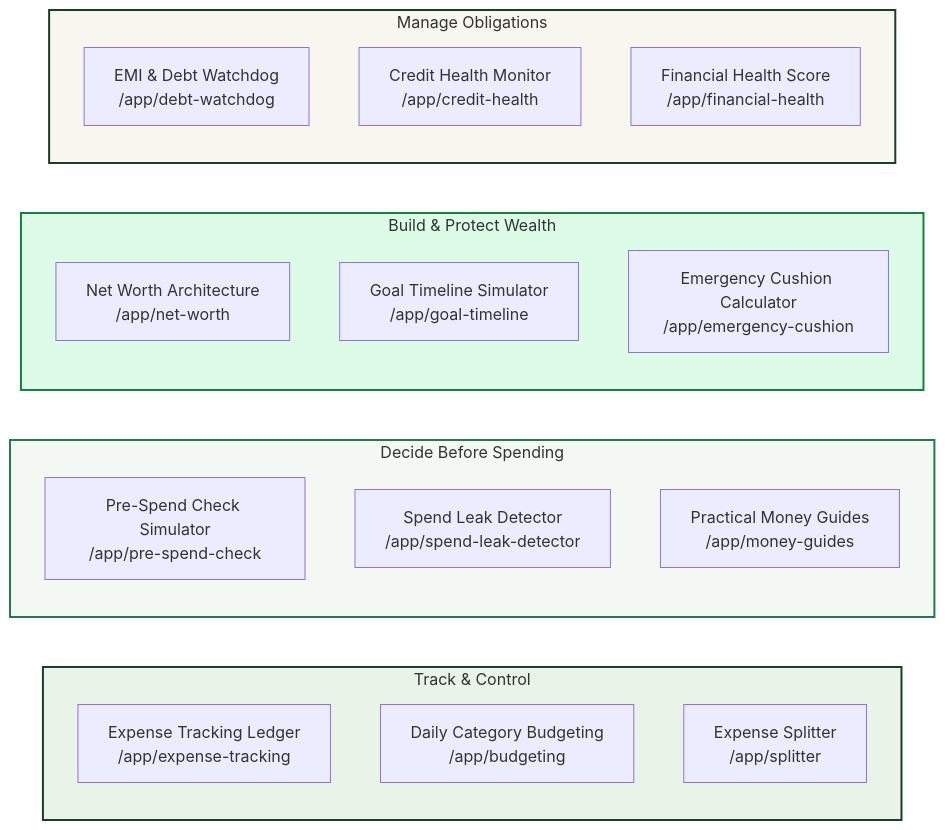
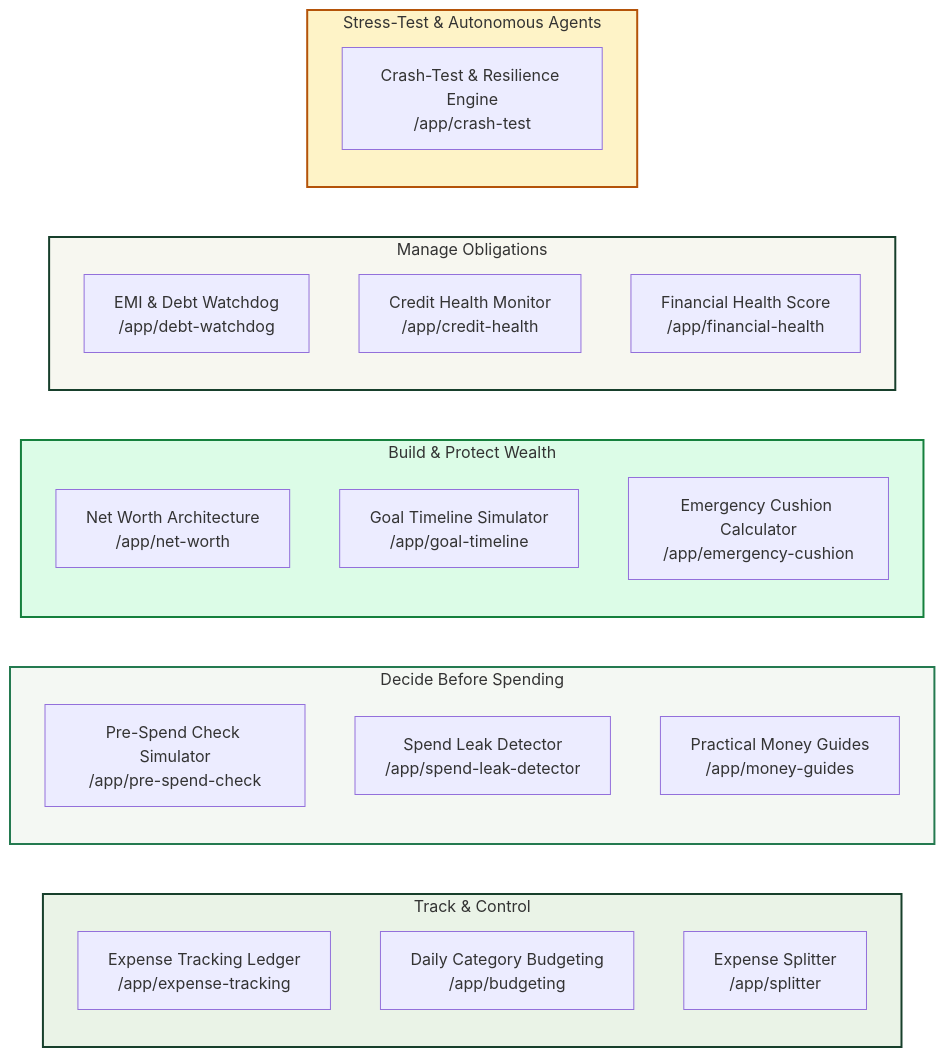
The fifth of 6 diagrams in README.md (nikhillakra2007-tech/finroq), drawn with Mermaid before and after one commit. The commit also changed other lines of this file and 36 other files, not shown here.

Commit message:
FEAT(CRASH-TEST): IMPLEMENT AUTONOMOUS 6-AGENT FINANCIAL RESILIENCE PIPELINE WITH INTERCONNECTED FLOWCHART, MODULAR SECTIONS, INR ENFORCEMENT, OTP AUTH, AND ACCESSIBLE MODAL SCROLL LOCK

````diff
--- a/README.md
+++ b/README.md
@@ -300,31 +364,36 @@
 ```mermaid
 flowchart LR
     subgraph CAT1["Track & Control"]
         M1["Expense Tracking Ledger<br/>/app/expense-tracking"]
         M2["Daily Category Budgeting<br/>/app/budgeting"]
         M3["Expense Splitter<br/>/app/splitter"]
     end
 
     subgraph CAT2["Decide Before Spending"]
         M4["Pre-Spend Check Simulator<br/>/app/pre-spend-check"]
         M5["Spend Leak Detector<br/>/app/spend-leak-detector"]
         M6["Practical Money Guides<br/>/app/money-guides"]
     end
 
     subgraph CAT3["Build & Protect Wealth"]
         M7["Net Worth Architecture<br/>/app/net-worth"]
         M8["Goal Timeline Simulator<br/>/app/goal-timeline"]
         M9["Emergency Cushion Calculator<br/>/app/emergency-cushion"]
     end
 
     subgraph CAT4["Manage Obligations"]
         M10["EMI & Debt Watchdog<br/>/app/debt-watchdog"]
         M11["Credit Health Monitor<br/>/app/credit-health"]
         M12["Financial Health Score<br/>/app/financial-health"]
     end
 
+    subgraph CAT5["Stress-Test & Autonomous Agents"]
+        M13["Crash-Test & Resilience Engine<br/>/app/crash-test"]
+    end
+
     style CAT1 fill:#EAF3E7,stroke:#173F2B,stroke-width:2px;
     style CAT2 fill:#F4F8F3,stroke:#247A50,stroke-width:2px;
     style CAT3 fill:#DCFCE7,stroke:#15803D,stroke-width:2px;
     style CAT4 fill:#F7F7F0,stroke:#173F2B,stroke-width:2px;
+    style CAT5 fill:#FEF3C7,stroke:#B45309,stroke-width:2px;
 ```
````
